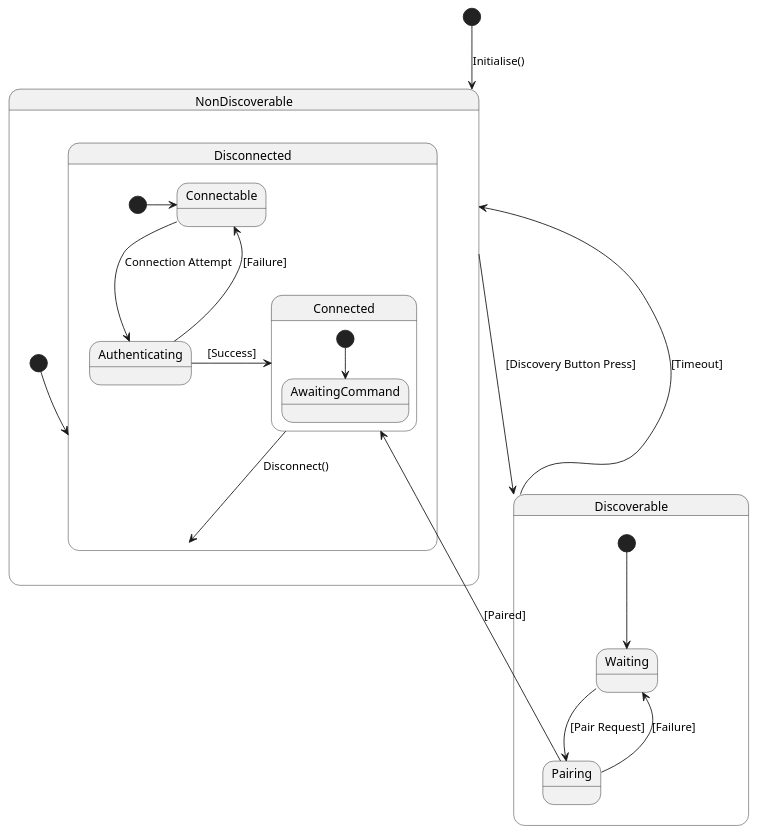
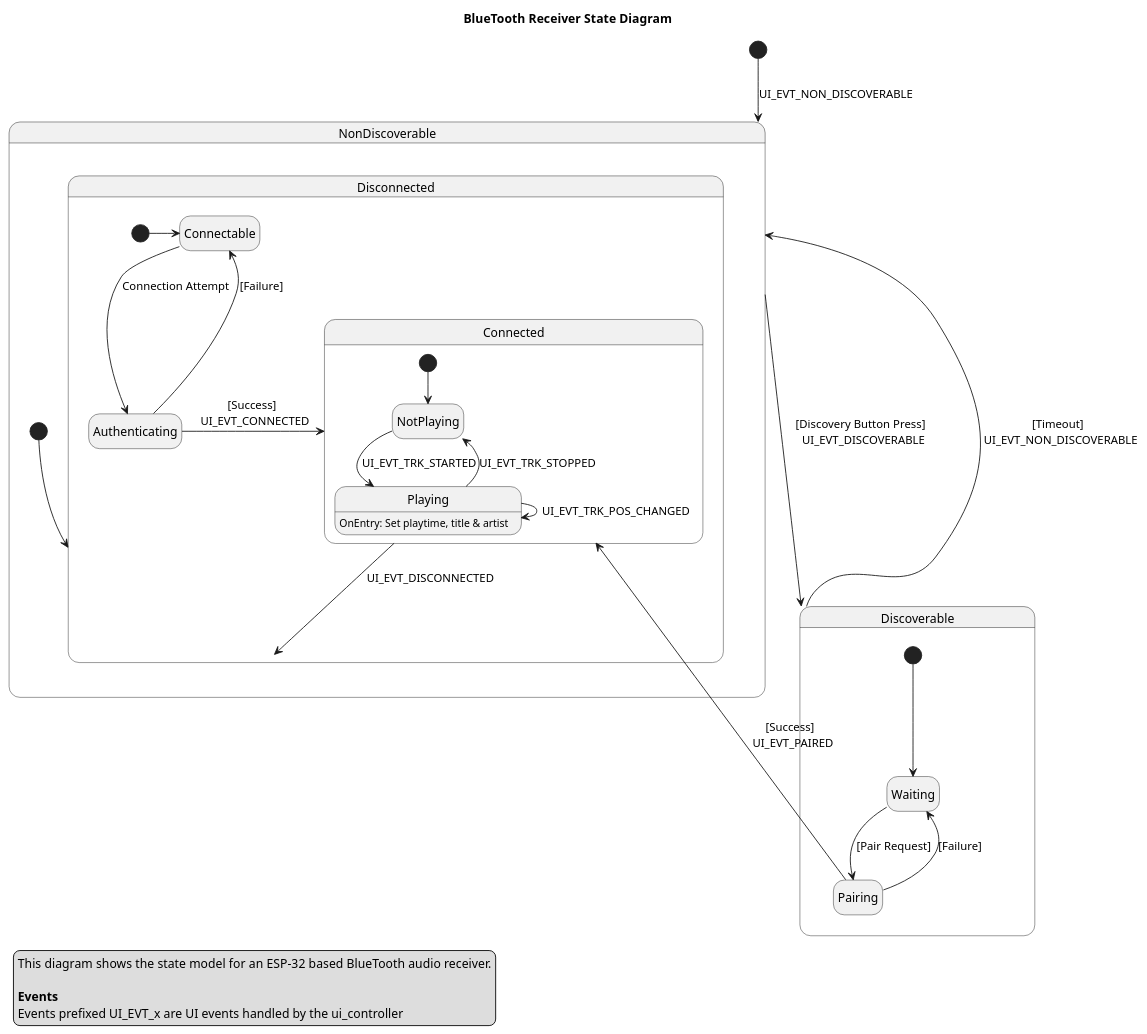
The diagram in main/ReceiverStateModel.puml (Scratchydisk/ESP32-Receiver), drawn with PlantUML before and after one commit. The commit also changed 6 other files, not shown here.

First line of the commit message:
Progress with Discoverable Button

```diff
--- a/main/ReceiverStateModel.puml
+++ b/main/ReceiverStateModel.puml
@@ -1,37 +1,52 @@
 @startuml BT Receiver
 
+hide empty description
 
-[*] --> NonDiscoverable : Initialise()
+title
+BlueTooth Receiver State Diagram
+end title
+
+legend left
+This diagram shows the state model for an ESP-32 based BlueTooth audio receiver.
+
+**Events**
+Events prefixed UI_EVT_x are UI events handled by the ui_controller
+end legend
+
+[*] --> NonDiscoverable : UI_EVT_NON_DISCOVERABLE
 
 state NonDiscoverable {
 
     [*] --> Disconnected
     state Disconnected  {
         [*] -> Connectable
 
         Connectable --> Authenticating : Connection Attempt
         Authenticating -> Connectable : [Failure]
-        Authenticating -> Connected : [Success]
+        Authenticating -> Connected : [Success] \n UI_EVT_CONNECTED
 
     }
 
     state Connected {
-        [*] --> AwaitingCommand
-
+        [*] --> NotPlaying
+        NotPlaying --> Playing : UI_EVT_TRK_STARTED
+        Playing --> NotPlaying : UI_EVT_TRK_STOPPED
+        Playing --> Playing : UI_EVT_TRK_POS_CHANGED
+        Playing : OnEntry: Set playtime, title & artist
     }
 
-    Connected --> Disconnected : Disconnect()
+    Connected --> Disconnected : UI_EVT_DISCONNECTED
 }
 
-NonDiscoverable ----> Discoverable : [Discovery Button Press]
+NonDiscoverable ----> Discoverable : [Discovery Button Press] \n UI_EVT_DISCOVERABLE
 
 state Discoverable{
     [*] --> Waiting
     Waiting --> Pairing : [Pair Request]
-    Pairing --> Connected : [Paired]
+    Pairing --> Connected : [Success] \n UI_EVT_PAIRED
     Pairing --> Waiting : [Failure]
 }
 
-Discoverable -u--> NonDiscoverable : [Timeout]
+Discoverable -u--> NonDiscoverable : [Timeout] \n UI_EVT_NON_DISCOVERABLE
 
 @enduml
```
